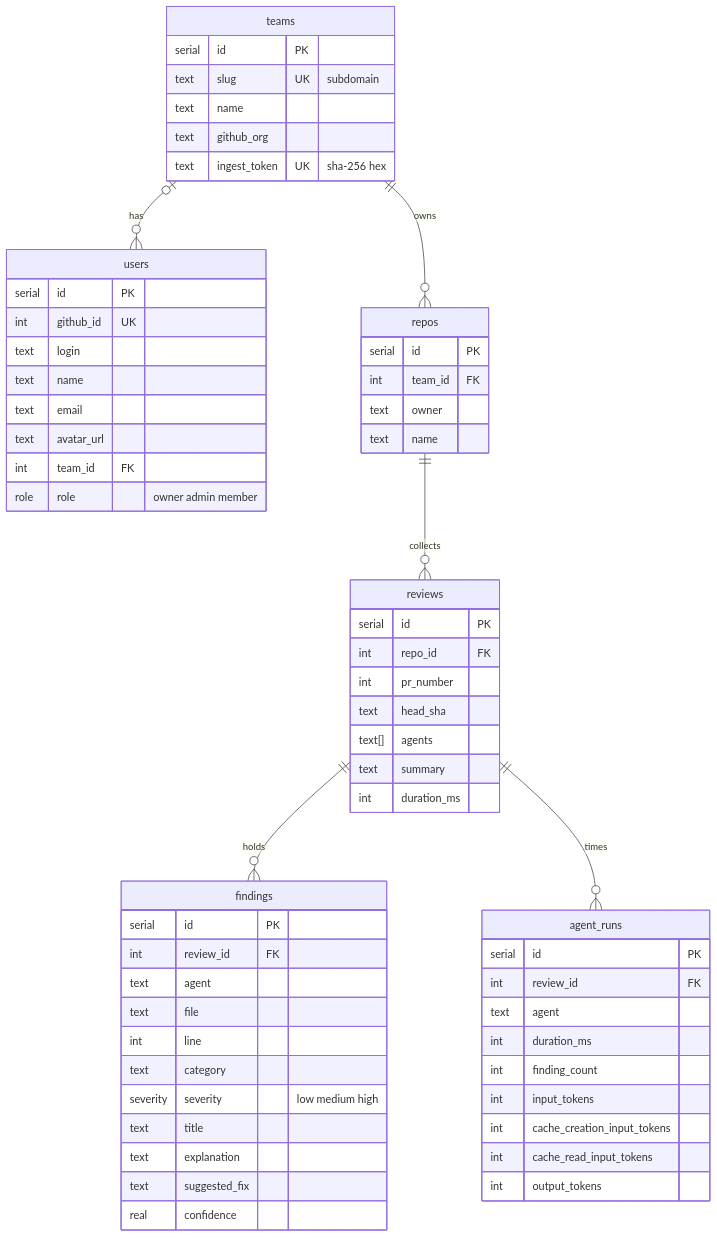
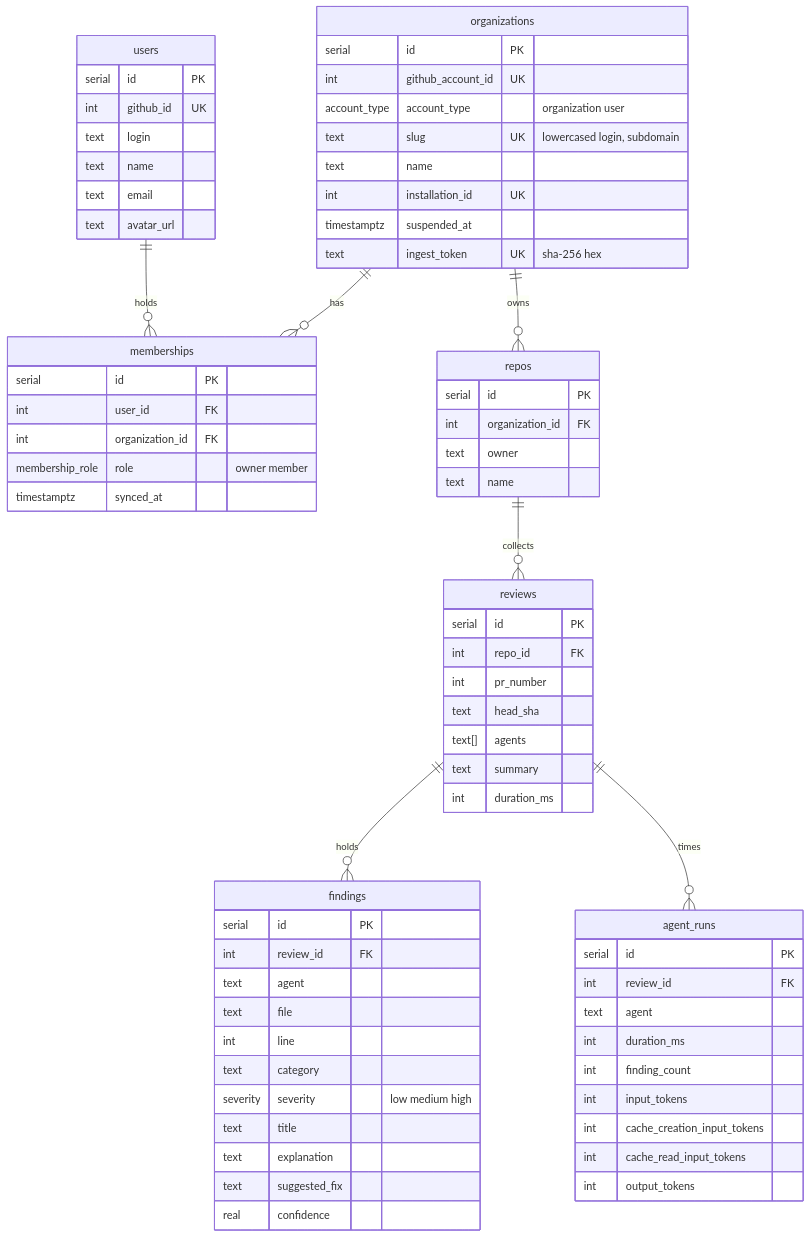
The diagram in packages/db/README.md (sunnyeyles/lintcat), drawn with Mermaid before and after one commit. The commit also changed other lines of this file and 3 other files, not shown here.

Commit message:
docs: describe organizations and memberships instead of teams

````diff
--- a/packages/db/README.md
+++ b/packages/db/README.md
@@ -6,65 +6,74 @@
 ```mermaid
 erDiagram
-  teams |o--o{ users : "has"
-  teams ||--o{ repos : "owns"
+  organizations ||--o{ memberships : "has"
+  users ||--o{ memberships : "holds"
+  organizations ||--o{ repos : "owns"
   repos ||--o{ reviews : "collects"
   reviews ||--o{ findings : "holds"
   reviews ||--o{ agent_runs : "times"
 
   users {
     serial id PK
     int github_id UK
     text login
     text name
     text email
     text avatar_url
-    int team_id FK
-    role role "owner admin member"
   }
-  teams {
+  organizations {
     serial id PK
-    text slug UK "subdomain"
+    int github_account_id UK
+    account_type account_type "organization user"
+    text slug UK "lowercased login, subdomain"
     text name
-    text github_org
+    int installation_id UK
+    timestamptz suspended_at
     text ingest_token UK "sha-256 hex"
+  }
+  memberships {
+    serial id PK
+    int user_id FK
+    int organization_id FK
+    membership_role role "owner member"
+    timestamptz synced_at
   }
   repos {
     serial id PK
-    int team_id FK
+    int organization_id FK
     text owner
     text name
   }
   reviews {
     serial id PK
     int repo_id FK
     int pr_number
     text head_sha
     text[] agents
     text summary
     int duration_ms
   }
   agent_runs {
     serial id PK
     int review_id FK
     text agent
     int duration_ms
     int finding_count
     int input_tokens
     int cache_creation_input_tokens
     int cache_read_input_tokens
     int output_tokens
   }
   findings {
     serial id PK
     int review_id FK
     text agent
     text file
     int line
     text category
     severity severity "low medium high"
     text title
     text explanation
     text suggested_fix
     real confidence
   }
 ```
````
